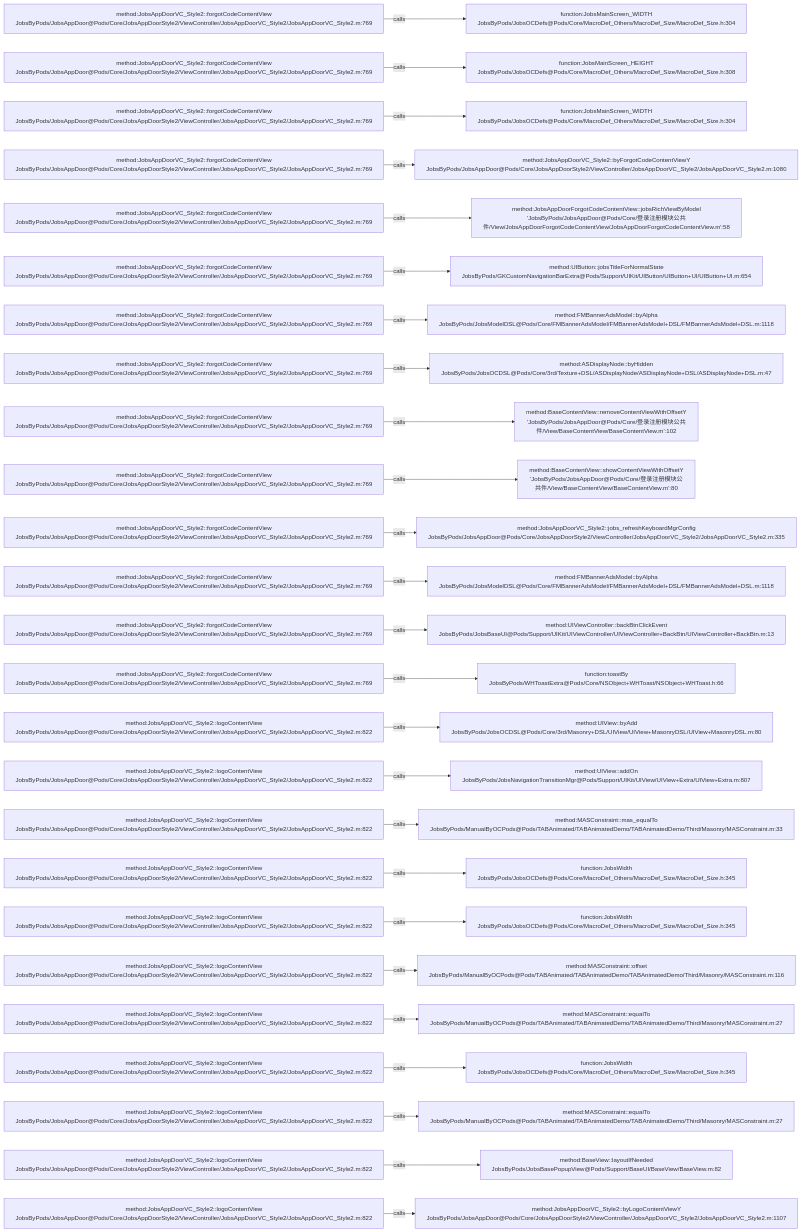
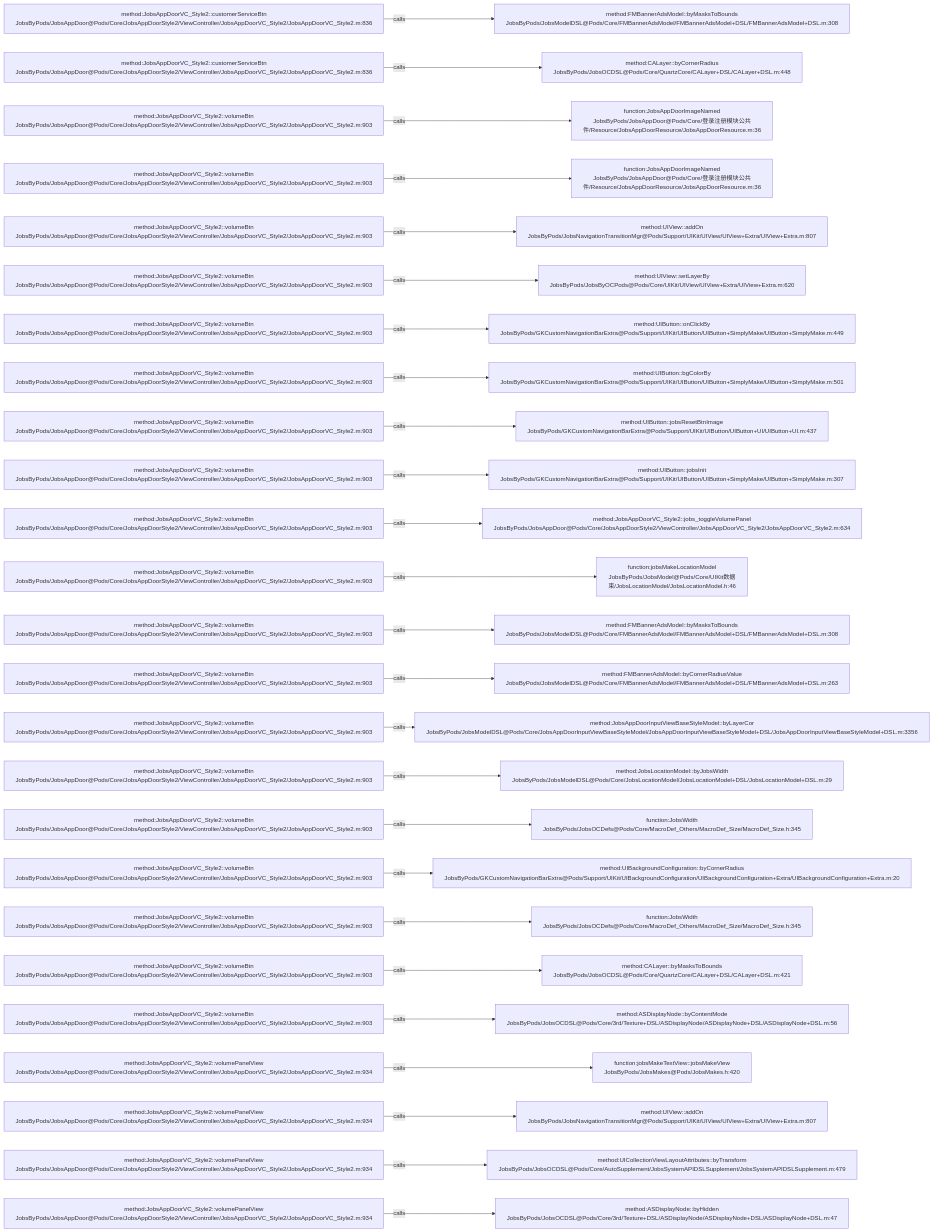
One commit to JobsKits/JobsOCBaseConfigDemo changed the diagram in .codegraph/codegraph.md/graphs/calls-145.md. Above: the diagram before and after it, drawn with Mermaid. The commit also changed 223 other files, not shown here.

````diff
--- a/.codegraph/codegraph.md/graphs/calls-145.md
+++ b/.codegraph/codegraph.md/graphs/calls-145.md
@@ -13,78 +13,78 @@
 ```mermaid
 flowchart LR
-  S1["method:JobsAppDoorVC_Style2::forgotCodeContentView<br/>JobsByPods/JobsAppDoor@Pods/Core/JobsAppDoorStyle2/ViewController/JobsAppDoorVC_Style2/JobsAppDoorVC_Style2.m:769"]
-  T1["function:JobsMainScreen_WIDTH<br/>JobsByPods/JobsOCDefs@Pods/Core/MacroDef_Others/MacroDef_Size/MacroDef_Size.h:304"]
+  S1["method:JobsAppDoorVC_Style2::customerServiceBtn<br/>JobsByPods/JobsAppDoor@Pods/Core/JobsAppDoorStyle2/ViewController/JobsAppDoorVC_Style2/JobsAppDoorVC_Style2.m:836"]
+  T1["method:FMBannerAdsModel::byMasksToBounds<br/>JobsByPods/JobsModelDSL@Pods/Core/FMBannerAdsModel/FMBannerAdsModel+DSL/FMBannerAdsModel+DSL.m:308"]
   S1 -->|calls| T1
-  S2["method:JobsAppDoorVC_Style2::forgotCodeContentView<br/>JobsByPods/JobsAppDoor@Pods/Core/JobsAppDoorStyle2/ViewController/JobsAppDoorVC_Style2/JobsAppDoorVC_Style2.m:769"]
-  T2["function:JobsMainScreen_HEIGHT<br/>JobsByPods/JobsOCDefs@Pods/Core/MacroDef_Others/MacroDef_Size/MacroDef_Size.h:308"]
+  S2["method:JobsAppDoorVC_Style2::customerServiceBtn<br/>JobsByPods/JobsAppDoor@Pods/Core/JobsAppDoorStyle2/ViewController/JobsAppDoorVC_Style2/JobsAppDoorVC_Style2.m:836"]
+  T2["method:CALayer::byCornerRadius<br/>JobsByPods/JobsOCDSL@Pods/Core/QuartzCore/CALayer+DSL/CALayer+DSL.m:448"]
   S2 -->|calls| T2
-  S3["method:JobsAppDoorVC_Style2::forgotCodeContentView<br/>JobsByPods/JobsAppDoor@Pods/Core/JobsAppDoorStyle2/ViewController/JobsAppDoorVC_Style2/JobsAppDoorVC_Style2.m:769"]
-  T3["function:JobsMainScreen_WIDTH<br/>JobsByPods/JobsOCDefs@Pods/Core/MacroDef_Others/MacroDef_Size/MacroDef_Size.h:304"]
+  S3["method:JobsAppDoorVC_Style2::volumeBtn<br/>JobsByPods/JobsAppDoor@Pods/Core/JobsAppDoorStyle2/ViewController/JobsAppDoorVC_Style2/JobsAppDoorVC_Style2.m:903"]
+  T3["function:JobsAppDoorImageNamed<br/>JobsByPods/JobsAppDoor@Pods/Core/登录注册模块公共件/Resource/JobsAppDoorResource/JobsAppDoorResource.m:36"]
   S3 -->|calls| T3
-  S4["method:JobsAppDoorVC_Style2::forgotCodeContentView<br/>JobsByPods/JobsAppDoor@Pods/Core/JobsAppDoorStyle2/ViewController/JobsAppDoorVC_Style2/JobsAppDoorVC_Style2.m:769"]
-  T4["method:JobsAppDoorVC_Style2::byForgotCodeContentViewY<br/>JobsByPods/JobsAppDoor@Pods/Core/JobsAppDoorStyle2/ViewController/JobsAppDoorVC_Style2/JobsAppDoorVC_Style2.m:1080"]
+  S4["method:JobsAppDoorVC_Style2::volumeBtn<br/>JobsByPods/JobsAppDoor@Pods/Core/JobsAppDoorStyle2/ViewController/JobsAppDoorVC_Style2/JobsAppDoorVC_Style2.m:903"]
+  T4["function:JobsAppDoorImageNamed<br/>JobsByPods/JobsAppDoor@Pods/Core/登录注册模块公共件/Resource/JobsAppDoorResource/JobsAppDoorResource.m:36"]
   S4 -->|calls| T4
-  S5["method:JobsAppDoorVC_Style2::forgotCodeContentView<br/>JobsByPods/JobsAppDoor@Pods/Core/JobsAppDoorStyle2/ViewController/JobsAppDoorVC_Style2/JobsAppDoorVC_Style2.m:769"]
-  T5["method:JobsAppDoorForgotCodeContentView::jobsRichViewByModel<br/>'JobsByPods/JobsAppDoor@Pods/Core/登录注册模块公共件/View/JobsAppDoorForgotCodeContentView/JobsAppDoorForgotCodeContentView.m':58"]
+  S5["method:JobsAppDoorVC_Style2::volumeBtn<br/>JobsByPods/JobsAppDoor@Pods/Core/JobsAppDoorStyle2/ViewController/JobsAppDoorVC_Style2/JobsAppDoorVC_Style2.m:903"]
+  T5["method:UIView::addOn<br/>JobsByPods/JobsNavigationTransitionMgr@Pods/Support/UIKit/UIView/UIView+Extra/UIView+Extra.m:807"]
   S5 -->|calls| T5
-  S6["method:JobsAppDoorVC_Style2::forgotCodeContentView<br/>JobsByPods/JobsAppDoor@Pods/Core/JobsAppDoorStyle2/ViewController/JobsAppDoorVC_Style2/JobsAppDoorVC_Style2.m:769"]
-  T6["method:UIButton::jobsTitleForNormalState<br/>JobsByPods/GKCustomNavigationBarExtra@Pods/Support/UIKit/UIButton/UIButton+UI/UIButton+UI.m:654"]
+  S6["method:JobsAppDoorVC_Style2::volumeBtn<br/>JobsByPods/JobsAppDoor@Pods/Core/JobsAppDoorStyle2/ViewController/JobsAppDoorVC_Style2/JobsAppDoorVC_Style2.m:903"]
+  T6["method:UIView::setLayerBy<br/>JobsByPods/JobsByOCPods@Pods/Core/UIKit/UIView/UIView+Extra/UIView+Extra.m:620"]
   S6 -->|calls| T6
-  S7["method:JobsAppDoorVC_Style2::forgotCodeContentView<br/>JobsByPods/JobsAppDoor@Pods/Core/JobsAppDoorStyle2/ViewController/JobsAppDoorVC_Style2/JobsAppDoorVC_Style2.m:769"]
-  T7["method:FMBannerAdsModel::byAlpha<br/>JobsByPods/JobsModelDSL@Pods/Core/FMBannerAdsModel/FMBannerAdsModel+DSL/FMBannerAdsModel+DSL.m:1118"]
+  S7["method:JobsAppDoorVC_Style2::volumeBtn<br/>JobsByPods/JobsAppDoor@Pods/Core/JobsAppDoorStyle2/ViewController/JobsAppDoorVC_Style2/JobsAppDoorVC_Style2.m:903"]
+  T7["method:UIButton::onClickBy<br/>JobsByPods/GKCustomNavigationBarExtra@Pods/Support/UIKit/UIButton/UIButton+SimplyMake/UIButton+SimplyMake.m:449"]
   S7 -->|calls| T7
-  S8["method:JobsAppDoorVC_Style2::forgotCodeContentView<br/>JobsByPods/JobsAppDoor@Pods/Core/JobsAppDoorStyle2/ViewController/JobsAppDoorVC_Style2/JobsAppDoorVC_Style2.m:769"]
-  T8["method:ASDisplayNode::byHidden<br/>JobsByPods/JobsOCDSL@Pods/Core/3rd/Texture+DSL/ASDisplayNode/ASDisplayNode+DSL/ASDisplayNode+DSL.m:47"]
+  S8["method:JobsAppDoorVC_Style2::volumeBtn<br/>JobsByPods/JobsAppDoor@Pods/Core/JobsAppDoorStyle2/ViewController/JobsAppDoorVC_Style2/JobsAppDoorVC_Style2.m:903"]
+  T8["method:UIButton::bgColorBy<br/>JobsByPods/GKCustomNavigationBarExtra@Pods/Support/UIKit/UIButton/UIButton+SimplyMake/UIButton+SimplyMake.m:501"]
   S8 -->|calls| T8
-  S9["method:JobsAppDoorVC_Style2::forgotCodeContentView<br/>JobsByPods/JobsAppDoor@Pods/Core/JobsAppDoorStyle2/ViewController/JobsAppDoorVC_Style2/JobsAppDoorVC_Style2.m:769"]
-  T9["method:BaseContentView::removeContentViewWithOffsetY<br/>'JobsByPods/JobsAppDoor@Pods/Core/登录注册模块公共件/View/BaseContentView/BaseContentView.m':102"]
+  S9["method:JobsAppDoorVC_Style2::volumeBtn<br/>JobsByPods/JobsAppDoor@Pods/Core/JobsAppDoorStyle2/ViewController/JobsAppDoorVC_Style2/JobsAppDoorVC_Style2.m:903"]
+  T9["method:UIButton::jobsResetBtnImage<br/>JobsByPods/GKCustomNavigationBarExtra@Pods/Support/UIKit/UIButton/UIButton+UI/UIButton+UI.m:437"]
   S9 -->|calls| T9
-  S10["method:JobsAppDoorVC_Style2::forgotCodeContentView<br/>JobsByPods/JobsAppDoor@Pods/Core/JobsAppDoorStyle2/ViewController/JobsAppDoorVC_Style2/JobsAppDoorVC_Style2.m:769"]
-  T10["method:BaseContentView::showContentViewWithOffsetY<br/>'JobsByPods/JobsAppDoor@Pods/Core/登录注册模块公共件/View/BaseContentView/BaseContentView.m':80"]
+  S10["method:JobsAppDoorVC_Style2::volumeBtn<br/>JobsByPods/JobsAppDoor@Pods/Core/JobsAppDoorStyle2/ViewController/JobsAppDoorVC_Style2/JobsAppDoorVC_Style2.m:903"]
+  T10["method:UIButton::jobsInit<br/>JobsByPods/GKCustomNavigationBarExtra@Pods/Support/UIKit/UIButton/UIButton+SimplyMake/UIButton+SimplyMake.m:307"]
   S10 -->|calls| T10
-  S11["method:JobsAppDoorVC_Style2::forgotCodeContentView<br/>JobsByPods/JobsAppDoor@Pods/Core/JobsAppDoorStyle2/ViewController/JobsAppDoorVC_Style2/JobsAppDoorVC_Style2.m:769"]
-  T11["method:JobsAppDoorVC_Style2::jobs_refreshKeyboardMgrConfig<br/>JobsByPods/JobsAppDoor@Pods/Core/JobsAppDoorStyle2/ViewController/JobsAppDoorVC_Style2/JobsAppDoorVC_Style2.m:335"]
+  S11["method:JobsAppDoorVC_Style2::volumeBtn<br/>JobsByPods/JobsAppDoor@Pods/Core/JobsAppDoorStyle2/ViewController/JobsAppDoorVC_Style2/JobsAppDoorVC_Style2.m:903"]
+  T11["method:JobsAppDoorVC_Style2::jobs_toggleVolumePanel<br/>JobsByPods/JobsAppDoor@Pods/Core/JobsAppDoorStyle2/ViewController/JobsAppDoorVC_Style2/JobsAppDoorVC_Style2.m:634"]
   S11 -->|calls| T11
-  S12["method:JobsAppDoorVC_Style2::forgotCodeContentView<br/>JobsByPods/JobsAppDoor@Pods/Core/JobsAppDoorStyle2/ViewController/JobsAppDoorVC_Style2/JobsAppDoorVC_Style2.m:769"]
-  T12["method:FMBannerAdsModel::byAlpha<br/>JobsByPods/JobsModelDSL@Pods/Core/FMBannerAdsModel/FMBannerAdsModel+DSL/FMBannerAdsModel+DSL.m:1118"]
+  S12["method:JobsAppDoorVC_Style2::volumeBtn<br/>JobsByPods/JobsAppDoor@Pods/Core/JobsAppDoorStyle2/ViewController/JobsAppDoorVC_Style2/JobsAppDoorVC_Style2.m:903"]
+  T12["function:jobsMakeLocationModel<br/>JobsByPods/JobsModel@Pods/Core/UIKit数据束/JobsLocationModel/JobsLocationModel.h:46"]
   S12 -->|calls| T12
-  S13["method:JobsAppDoorVC_Style2::forgotCodeContentView<br/>JobsByPods/JobsAppDoor@Pods/Core/JobsAppDoorStyle2/ViewController/JobsAppDoorVC_Style2/JobsAppDoorVC_Style2.m:769"]
-  T13["method:UIViewController::backBtnClickEvent<br/>JobsByPods/JobsBaseUI@Pods/Support/UIKit/UIViewController/UIViewController+BackBtn/UIViewController+BackBtn.m:13"]
+  S13["method:JobsAppDoorVC_Style2::volumeBtn<br/>JobsByPods/JobsAppDoor@Pods/Core/JobsAppDoorStyle2/ViewController/JobsAppDoorVC_Style2/JobsAppDoorVC_Style2.m:903"]
+  T13["method:FMBannerAdsModel::byMasksToBounds<br/>JobsByPods/JobsModelDSL@Pods/Core/FMBannerAdsModel/FMBannerAdsModel+DSL/FMBannerAdsModel+DSL.m:308"]
   S13 -->|calls| T13
-  S14["method:JobsAppDoorVC_Style2::forgotCodeContentView<br/>JobsByPods/JobsAppDoor@Pods/Core/JobsAppDoorStyle2/ViewController/JobsAppDoorVC_Style2/JobsAppDoorVC_Style2.m:769"]
-  T14["function:toastBy<br/>JobsByPods/WHToastExtra@Pods/Core/NSObject+WHToast/NSObject+WHToast.h:66"]
+  S14["method:JobsAppDoorVC_Style2::volumeBtn<br/>JobsByPods/JobsAppDoor@Pods/Core/JobsAppDoorStyle2/ViewController/JobsAppDoorVC_Style2/JobsAppDoorVC_Style2.m:903"]
+  T14["method:FMBannerAdsModel::byCornerRadiusValue<br/>JobsByPods/JobsModelDSL@Pods/Core/FMBannerAdsModel/FMBannerAdsModel+DSL/FMBannerAdsModel+DSL.m:263"]
   S14 -->|calls| T14
-  S15["method:JobsAppDoorVC_Style2::logoContentView<br/>JobsByPods/JobsAppDoor@Pods/Core/JobsAppDoorStyle2/ViewController/JobsAppDoorVC_Style2/JobsAppDoorVC_Style2.m:822"]
-  T15["method:UIView::byAdd<br/>JobsByPods/JobsOCDSL@Pods/Core/3rd/Masonry+DSL/UIView/UIView+MasonryDSL/UIView+MasonryDSL.m:80"]
+  S15["method:JobsAppDoorVC_Style2::volumeBtn<br/>JobsByPods/JobsAppDoor@Pods/Core/JobsAppDoorStyle2/ViewController/JobsAppDoorVC_Style2/JobsAppDoorVC_Style2.m:903"]
+  T15["method:JobsAppDoorInputViewBaseStyleModel::byLayerCor<br/>JobsByPods/JobsModelDSL@Pods/Core/JobsAppDoorInputViewBaseStyleModel/JobsAppDoorInputViewBaseStyleModel+DSL/JobsAppDoorInputViewBaseStyleModel+DSL.m:3356"]
   S15 -->|calls| T15
-  S16["method:JobsAppDoorVC_Style2::logoContentView<br/>JobsByPods/JobsAppDoor@Pods/Core/JobsAppDoorStyle2/ViewController/JobsAppDoorVC_Style2/JobsAppDoorVC_Style2.m:822"]
-  T16["method:UIView::addOn<br/>JobsByPods/JobsNavigationTransitionMgr@Pods/Support/UIKit/UIView/UIView+Extra/UIView+Extra.m:807"]
+  S16["method:JobsAppDoorVC_Style2::volumeBtn<br/>JobsByPods/JobsAppDoor@Pods/Core/JobsAppDoorStyle2/ViewController/JobsAppDoorVC_Style2/JobsAppDoorVC_Style2.m:903"]
+  T16["method:JobsLocationModel::byJobsWidth<br/>JobsByPods/JobsModelDSL@Pods/Core/JobsLocationModel/JobsLocationModel+DSL/JobsLocationModel+DSL.m:29"]
   S16 -->|calls| T16
-  S17["method:JobsAppDoorVC_Style2::logoContentView<br/>JobsByPods/JobsAppDoor@Pods/Core/JobsAppDoorStyle2/ViewController/JobsAppDoorVC_Style2/JobsAppDoorVC_Style2.m:822"]
-  T17["method:MASConstraint::mas_equalTo<br/>JobsByPods/ManualByOCPods@Pods/TABAnimated/TABAnimatedDemo/TABAnimatedDemo/Third/Masonry/MASConstraint.m:33"]
+  S17["method:JobsAppDoorVC_Style2::volumeBtn<br/>JobsByPods/JobsAppDoor@Pods/Core/JobsAppDoorStyle2/ViewController/JobsAppDoorVC_Style2/JobsAppDoorVC_Style2.m:903"]
+  T17["function:JobsWidth<br/>JobsByPods/JobsOCDefs@Pods/Core/MacroDef_Others/MacroDef_Size/MacroDef_Size.h:345"]
   S17 -->|calls| T17
-  S18["method:JobsAppDoorVC_Style2::logoContentView<br/>JobsByPods/JobsAppDoor@Pods/Core/JobsAppDoorStyle2/ViewController/JobsAppDoorVC_Style2/JobsAppDoorVC_Style2.m:822"]
-  T18["function:JobsWidth<br/>JobsByPods/JobsOCDefs@Pods/Core/MacroDef_Others/MacroDef_Size/MacroDef_Size.h:345"]
+  S18["method:JobsAppDoorVC_Style2::volumeBtn<br/>JobsByPods/JobsAppDoor@Pods/Core/JobsAppDoorStyle2/ViewController/JobsAppDoorVC_Style2/JobsAppDoorVC_Style2.m:903"]
+  T18["method:UIBackgroundConfiguration::byCornerRadius<br/>JobsByPods/GKCustomNavigationBarExtra@Pods/Support/UIKit/UIBackgroundConfiguration/UIBackgroundConfiguration+Extra/UIBackgroundConfiguration+Extra.m:20"]
   S18 -->|calls| T18
-  S19["method:JobsAppDoorVC_Style2::logoContentView<br/>JobsByPods/JobsAppDoor@Pods/Core/JobsAppDoorStyle2/ViewController/JobsAppDoorVC_Style2/JobsAppDoorVC_Style2.m:822"]
+  S19["method:JobsAppDoorVC_Style2::volumeBtn<br/>JobsByPods/JobsAppDoor@Pods/Core/JobsAppDoorStyle2/ViewController/JobsAppDoorVC_Style2/JobsAppDoorVC_Style2.m:903"]
   T19["function:JobsWidth<br/>JobsByPods/JobsOCDefs@Pods/Core/MacroDef_Others/MacroDef_Size/MacroDef_Size.h:345"]
   S19 -->|calls| T19
-  S20["method:JobsAppDoorVC_Style2::logoContentView<br/>JobsByPods/JobsAppDoor@Pods/Core/JobsAppDoorStyle2/ViewController/JobsAppDoorVC_Style2/JobsAppDoorVC_Style2.m:822"]
-  T20["method:MASConstraint::offset<br/>JobsByPods/ManualByOCPods@Pods/TABAnimated/TABAnimatedDemo/TABAnimatedDemo/Third/Masonry/MASConstraint.m:116"]
+  S20["method:JobsAppDoorVC_Style2::volumeBtn<br/>JobsByPods/JobsAppDoor@Pods/Core/JobsAppDoorStyle2/ViewController/JobsAppDoorVC_Style2/JobsAppDoorVC_Style2.m:903"]
+  T20["method:CALayer::byMasksToBounds<br/>JobsByPods/JobsOCDSL@Pods/Core/QuartzCore/CALayer+DSL/CALayer+DSL.m:421"]
   S20 -->|calls| T20
-  S21["method:JobsAppDoorVC_Style2::logoContentView<br/>JobsByPods/JobsAppDoor@Pods/Core/JobsAppDoorStyle2/ViewController/JobsAppDoorVC_Style2/JobsAppDoorVC_Style2.m:822"]
-  T21["method:MASConstraint::equalTo<br/>JobsByPods/ManualByOCPods@Pods/TABAnimated/TABAnimatedDemo/TABAnimatedDemo/Third/Masonry/MASConstraint.m:27"]
+  S21["method:JobsAppDoorVC_Style2::volumeBtn<br/>JobsByPods/JobsAppDoor@Pods/Core/JobsAppDoorStyle2/ViewController/JobsAppDoorVC_Style2/JobsAppDoorVC_Style2.m:903"]
+  T21["method:ASDisplayNode::byContentMode<br/>JobsByPods/JobsOCDSL@Pods/Core/3rd/Texture+DSL/ASDisplayNode/ASDisplayNode+DSL/ASDisplayNode+DSL.m:56"]
   S21 -->|calls| T21
-  S22["method:JobsAppDoorVC_Style2::logoContentView<br/>JobsByPods/JobsAppDoor@Pods/Core/JobsAppDoorStyle2/ViewController/JobsAppDoorVC_Style2/JobsAppDoorVC_Style2.m:822"]
-  T22["function:JobsWidth<br/>JobsByPods/JobsOCDefs@Pods/Core/MacroDef_Others/MacroDef_Size/MacroDef_Size.h:345"]
+  S22["method:JobsAppDoorVC_Style2::volumePanelView<br/>JobsByPods/JobsAppDoor@Pods/Core/JobsAppDoorStyle2/ViewController/JobsAppDoorVC_Style2/JobsAppDoorVC_Style2.m:934"]
+  T22["function:jobsMakeTextView::jobsMakeView<br/>JobsByPods/JobsMakes@Pods/JobsMakes.h:420"]
   S22 -->|calls| T22
-  S23["method:JobsAppDoorVC_Style2::logoContentView<br/>JobsByPods/JobsAppDoor@Pods/Core/JobsAppDoorStyle2/ViewController/JobsAppDoorVC_Style2/JobsAppDoorVC_Style2.m:822"]
-  T23["method:MASConstraint::equalTo<br/>JobsByPods/ManualByOCPods@Pods/TABAnimated/TABAnimatedDemo/TABAnimatedDemo/Third/Masonry/MASConstraint.m:27"]
+  S23["method:JobsAppDoorVC_Style2::volumePanelView<br/>JobsByPods/JobsAppDoor@Pods/Core/JobsAppDoorStyle2/ViewController/JobsAppDoorVC_Style2/JobsAppDoorVC_Style2.m:934"]
+  T23["method:UIView::addOn<br/>JobsByPods/JobsNavigationTransitionMgr@Pods/Support/UIKit/UIView/UIView+Extra/UIView+Extra.m:807"]
   S23 -->|calls| T23
-  S24["method:JobsAppDoorVC_Style2::logoContentView<br/>JobsByPods/JobsAppDoor@Pods/Core/JobsAppDoorStyle2/ViewController/JobsAppDoorVC_Style2/JobsAppDoorVC_Style2.m:822"]
-  T24["method:BaseView::layoutIfNeeded<br/>JobsByPods/JobsBasePopupView@Pods/Support/BaseUI/BaseView/BaseView.m:82"]
+  S24["method:JobsAppDoorVC_Style2::volumePanelView<br/>JobsByPods/JobsAppDoor@Pods/Core/JobsAppDoorStyle2/ViewController/JobsAppDoorVC_Style2/JobsAppDoorVC_Style2.m:934"]
+  T24["method:UICollectionViewLayoutAttributes::byTransform<br/>JobsByPods/JobsOCDSL@Pods/Core/AutoSupplement/JobsSystemAPIDSLSupplement/JobsSystemAPIDSLSupplement.m:479"]
   S24 -->|calls| T24
-  S25["method:JobsAppDoorVC_Style2::logoContentView<br/>JobsByPods/JobsAppDoor@Pods/Core/JobsAppDoorStyle2/ViewController/JobsAppDoorVC_Style2/JobsAppDoorVC_Style2.m:822"]
-  T25["method:JobsAppDoorVC_Style2::byLogoContentViewY<br/>JobsByPods/JobsAppDoor@Pods/Core/JobsAppDoorStyle2/ViewController/JobsAppDoorVC_Style2/JobsAppDoorVC_Style2.m:1107"]
+  S25["method:JobsAppDoorVC_Style2::volumePanelView<br/>JobsByPods/JobsAppDoor@Pods/Core/JobsAppDoorStyle2/ViewController/JobsAppDoorVC_Style2/JobsAppDoorVC_Style2.m:934"]
+  T25["method:ASDisplayNode::byHidden<br/>JobsByPods/JobsOCDSL@Pods/Core/3rd/Texture+DSL/ASDisplayNode/ASDisplayNode+DSL/ASDisplayNode+DSL.m:47"]
   S25 -->|calls| T25
 ```
````
